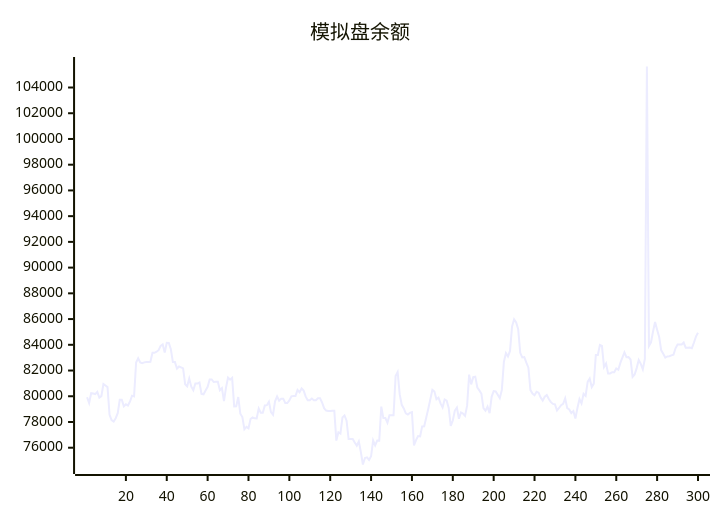
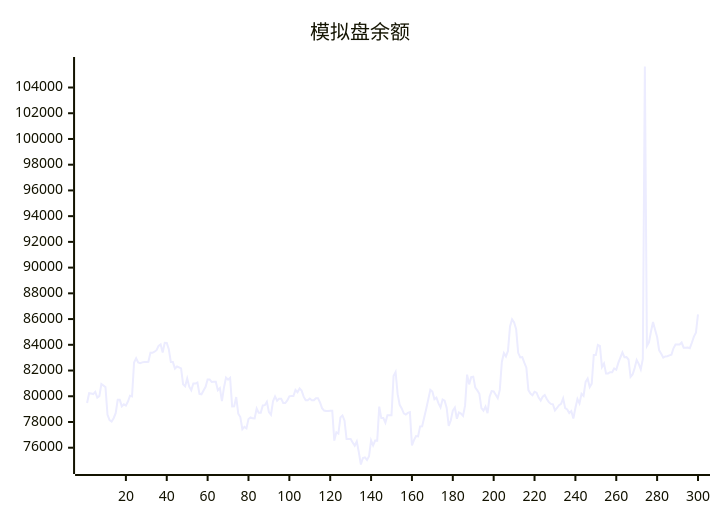
Before and after one commit to aahl/ai-trading: the diagram in README.md, drawn with Mermaid. The commit also changed other lines of this file and 1 other file, not shown here.

````diff
--- a/README.md
+++ b/README.md
@@ -5,5 +5,5 @@
 ```mermaid
 xychart
     title "模拟盘余额"
-    line [79920,79470,80236,80208,80170,80336,79894,80006,80954,80837,80712,78561,78139,78037,78293,78682,79720,79720,79214,79372,79279,79591,80046,79993,82625,82950,82626,82571,82633,82670,82670,82681,83386,83378,83464,83579,83920,84037,83402,84160,84142,83652,82655,82655,82145,82315,82243,82163,80934,80770,81371,80742,80468,80989,80989,81067,80191,80155,80450,80737,81309,81309,81106,81119,81119,80471,80631,79624,80670,81448,81290,81429,79212,79222,79940,78643,78380,77432,77623,77504,78235,78358,78284,78277,79048,78714,78714,79290,79308,79567,78763,78563,79603,79988,79652,79813,79813,79476,79469,79673,79995,80015,80015,80486,80314,80600,80436,79966,79689,79689,79819,79692,79692,79850,79850,79518,79071,78889,78850,78850,78878,78878,76554,77202,77103,78357,78510,78106,76678,76677,76672,76411,76159,76485,75656,74695,75197,75246,75052,75334,76564,76179,76553,76551,79196,78300,78300,77944,78531,78531,78521,81564,81884,80160,79335,79055,78675,78580,78708,78764,76179,76586,76902,76876,77658,77669,78346,79023,79769,80497,80366,79761,79896,79448,79126,79749,79658,79097,77695,78114,78888,79126,78249,78738,78653,78478,79271,81680,80923,81488,81527,80681,80455,80190,79084,78879,79193,78686,79954,80403,80374,80118,79848,80491,82665,83351,83098,83525,85430,85983,85737,85221,83378,83014,83043,82613,82216,80477,80208,80081,80348,80277,79894,79670,79965,80093,79786,79542,79406,79371,78893,79087,79304,79406,79841,79072,78978,78696,78846,78272,79085,79787,79442,80198,80031,81120,81379,80718,80985,83214,83212,83993,83921,82270,82547,81776,81776,81866,81866,82158,82061,82596,83000,83408,83041,83050,82858,81503,81691,82188,82812,82517,82092,82901,105633,83898,84180,85030,85781,85178,84604,83569,83298,83008,83093,83107,83175,83228,83729,84025,84017,84019,84177,83775,83762,83785,83738,84160,84639,84939]
+    line [79470,80236,80208,80170,80336,79894,80006,80954,80837,80712,78561,78139,78037,78293,78682,79720,79720,79214,79372,79279,79591,80046,79993,82625,82950,82626,82571,82633,82670,82670,82681,83386,83378,83464,83579,83920,84037,83402,84160,84142,83652,82655,82655,82145,82315,82243,82163,80934,80770,81371,80742,80468,80989,80989,81067,80191,80155,80450,80737,81309,81309,81106,81119,81119,80471,80631,79624,80670,81448,81290,81429,79212,79222,79940,78643,78380,77432,77623,77504,78235,78358,78284,78277,79048,78714,78714,79290,79308,79567,78763,78563,79603,79988,79652,79813,79813,79476,79469,79673,79995,80015,80015,80486,80314,80600,80436,79966,79689,79689,79819,79692,79692,79850,79850,79518,79071,78889,78850,78850,78878,78878,76554,77202,77103,78357,78510,78106,76678,76677,76672,76411,76159,76485,75656,74695,75197,75246,75052,75334,76564,76179,76553,76551,79196,78300,78300,77944,78531,78531,78521,81564,81884,80160,79335,79055,78675,78580,78708,78764,76179,76586,76902,76876,77658,77669,78346,79023,79769,80497,80366,79761,79896,79448,79126,79749,79658,79097,77695,78114,78888,79126,78249,78738,78653,78478,79271,81680,80923,81488,81527,80681,80455,80190,79084,78879,79193,78686,79954,80403,80374,80118,79848,80491,82665,83351,83098,83525,85430,85983,85737,85221,83378,83014,83043,82613,82216,80477,80208,80081,80348,80277,79894,79670,79965,80093,79786,79542,79406,79371,78893,79087,79304,79406,79841,79072,78978,78696,78846,78272,79085,79787,79442,80198,80031,81120,81379,80718,80985,83214,83212,83993,83921,82270,82547,81776,81776,81866,81866,82158,82061,82596,83000,83408,83041,83050,82858,81503,81691,82188,82812,82517,82092,82901,105633,83898,84180,85030,85781,85178,84604,83569,83298,83008,83093,83107,83175,83228,83729,84025,84017,84019,84177,83775,83762,83785,83738,84160,84639,84939,86370]
 ```
````
